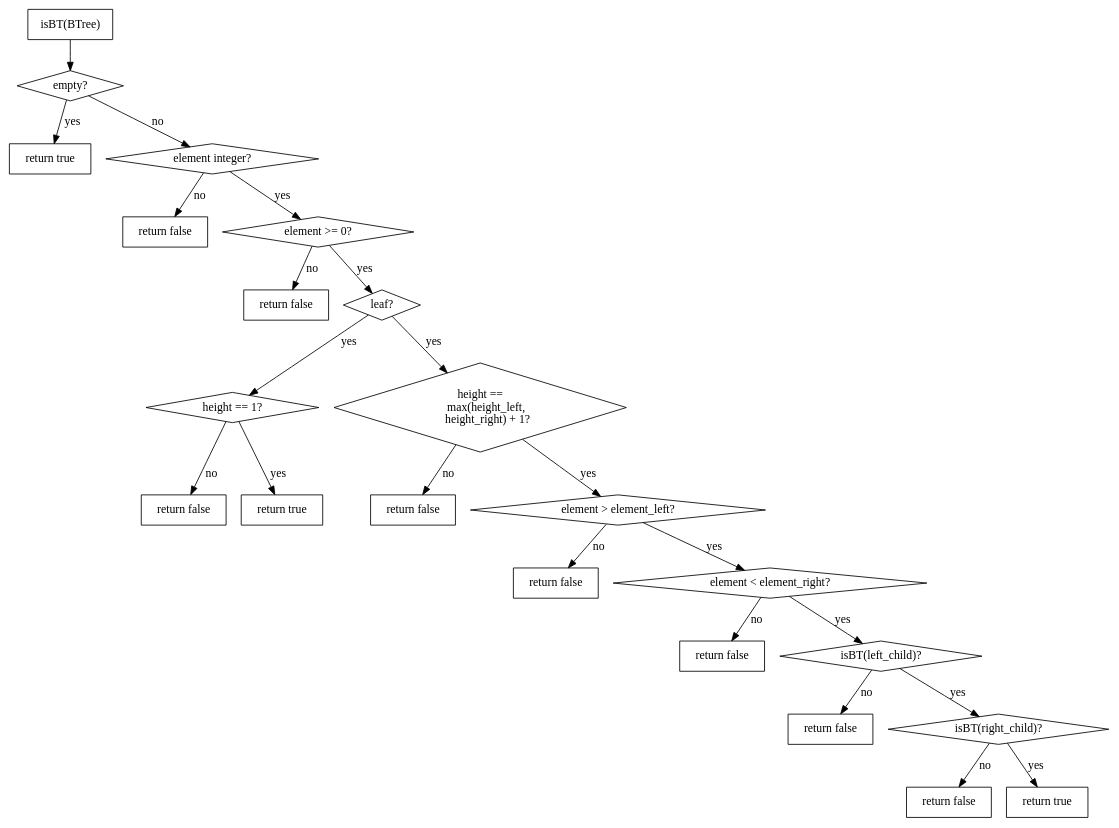
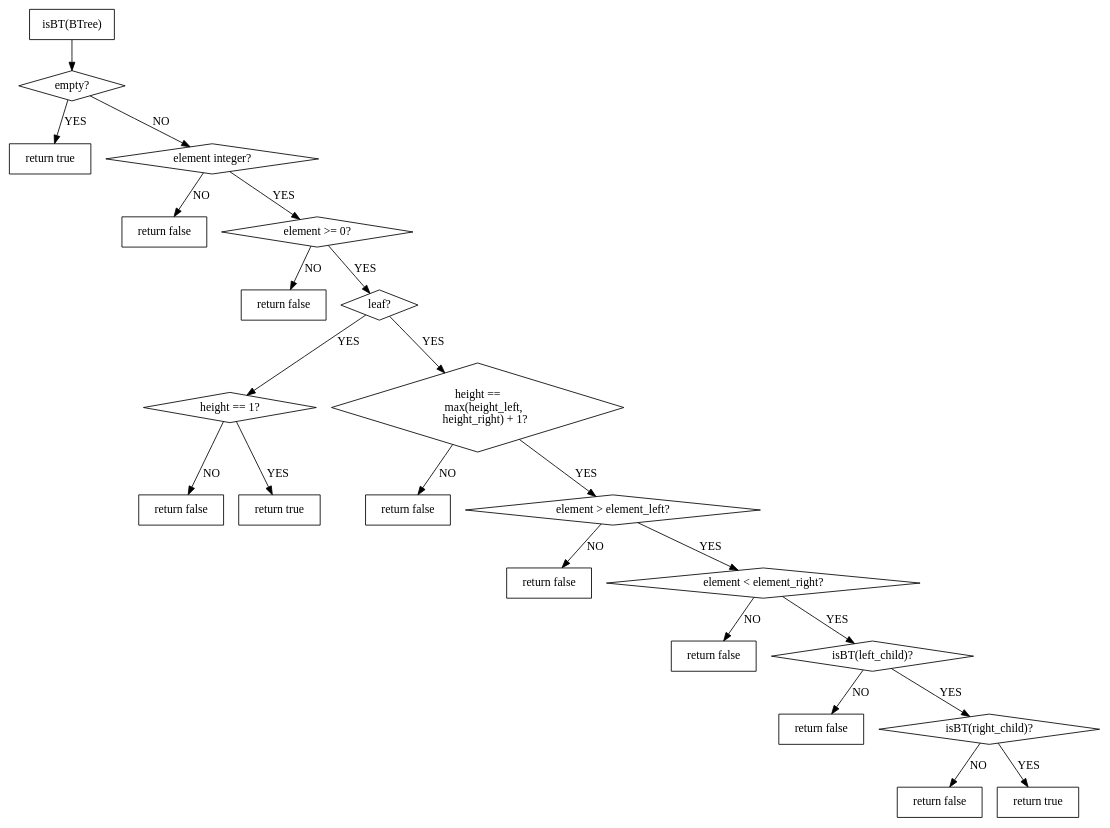
The diagram in doc/aufg1/graphViz/isBt.gv (hugoppp-uni/Algorithmen-und-Datenstrukturen), drawn with Graphviz before and after one commit.

Commit message:
Fix non uppercase labels in isBt.gv

```diff
--- a/doc/aufg1/graphViz/isBt.gv
+++ b/doc/aufg1/graphViz/isBt.gv
@@ -1,52 +1,52 @@
 digraph Q {
 
-node [shape = box];
+NOde [shape = box];
 compound = true;
 
     "isBT(BTree)" -> a1
     a1 [label = "empty?" shape = diamond]
-    a1 -> true1 [label = "yes"]
-    a1 -> a2 [label = "no"]
+    a1 -> true1 [label = "YES"]
+    a1 -> a2 [label = "NO"]
     a2 [label = "element integer?" shape = diamond]
-    a2 -> false1 [label = "no"]
-    a2 -> a3 [label = "yes"]
+    a2 -> false1 [label = "NO"]
+    a2 -> a3 [label = "YES"]
     a3 [label = "element >= 0?" shape = diamond]
-    a3 -> false2 [label = "no"]
-    a3 -> a4 [label = "yes"]
+    a3 -> false2 [label = "NO"]
+    a3 -> a4 [label = "YES"]
     a4 [label = "leaf?" shape = diamond]
-    a4 -> a5 [label = "yes"]
+    a4 -> a5 [label = "YES"]
     a5 [label = "height == 1?" shape = diamond]
-    a5 -> false3 [label = "no"]
-    a5 -> true2 [label = "yes"]
-    a4 -> a7 [label = "yes"]
+    a5 -> false3 [label = "NO"]
+    a5 -> true2 [label = "YES"]
+    a4 -> a7 [label = "YES"]
     a7 [label = "height ==
      max(height_left,
       height_right) + 1?" shape = diamond]
-    a7 -> false4 [label = "no"]
-    a7 -> a8 [label = "yes"]
+    a7 -> false4 [label = "NO"]
+    a7 -> a8 [label = "YES"]
     a8 [label = "element > element_left?" shape = diamond]
-    a8 -> false5 [label = "no"]
-    a8 -> a9 [label = "yes"]
+    a8 -> false5 [label = "NO"]
+    a8 -> a9 [label = "YES"]
     a9 [label = "element < element_right?" shape = diamond]
-    a9 -> false6 [label = "no"]
-    a9 -> a10 [label = "yes"]
+    a9 -> false6 [label = "NO"]
+    a9 -> a10 [label = "YES"]
     a10 [label = "isBT(left_child)?" shape = diamond]
-    a10 -> false7 [label = "no"]
-    a10 -> a11 [label = "yes"]
+    a10 -> false7 [label = "NO"]
+    a10 -> a11 [label = "YES"]
     a11 [label = "isBT(right_child)?" shape = diamond]
-    a11 -> false8 [label = "no"]
-    a11 -> true3 [label = "yes"]
+    a11 -> false8 [label = "NO"]
+    a11 -> true3 [label = "YES"]
 
     true1 [label = "return true"]
     true2 [label = "return true"]
     true3 [label = "return true"]
 
     false1 [label = "return false"]
     false2 [label = "return false"]
     false3 [label = "return false"]
     false4 [label = "return false"]
     false5 [label = "return false"]
     false6 [label = "return false"]
     false7 [label = "return false"]
     false8 [label = "return false"]
 }
```
